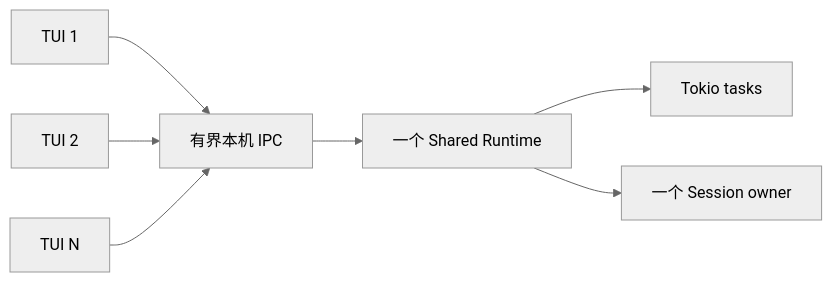
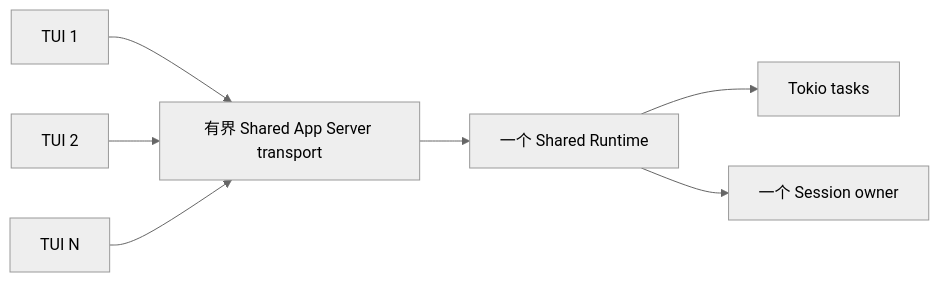
Before and after one commit to GCWing/BitFun: the tenth of 15 diagrams in docs/architecture/agent-runtime-deployment-design.md, drawn with Mermaid (neutral theme). The commit also changed other lines of this file and 87 other files, not shown here.

Commit message:
feat(app-server): add sharedv2 command

````diff
--- a/docs/architecture/agent-runtime-deployment-design.md
+++ b/docs/architecture/agent-runtime-deployment-design.md
@@ -302,9 +271,9 @@
 ```mermaid
 flowchart LR
-  T1["TUI 1"] --> IPC["有界本机 IPC"]
-  T2["TUI 2"] --> IPC
-  TN["TUI N"] --> IPC
-  IPC --> Runtime["一个 Shared Runtime"]
+  T1["TUI 1"] --> AS["有界 Shared App Server transport"]
+  T2["TUI 2"] --> AS
+  TN["TUI N"] --> AS
+  AS --> Runtime["一个 Shared Runtime"]
   Runtime --> Tasks["Tokio tasks"]
   Runtime --> Owner["一个 Session owner"]
 ```
````
